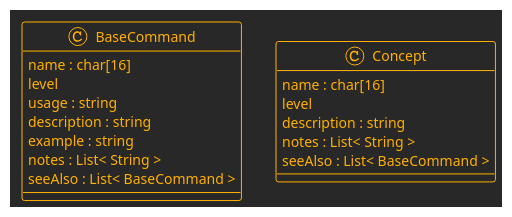
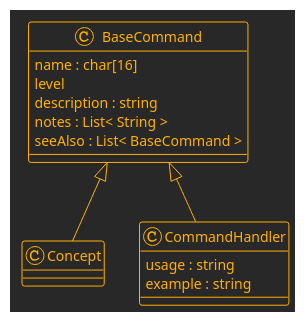
One commit to marknelsonengineer/empire changed the fifth of 13 diagrams in API_DESIGN.md. Above: the diagram before and after it, drawn with PlantUML. The commit also changed other lines of this file and 3 other files, not shown here.

```diff
--- a/API_DESIGN.md
+++ b/API_DESIGN.md
@@ -237,23 +250,23 @@
 @startuml
 !theme crt-amber
 skinparam classAttributeIconSize 0
 
 class BaseCommand {
   name : char[16]
   level
-  usage : string
-  description : string
-  example : string
-  notes : List< String >
-  seeAlso : List< BaseCommand >
-}
-
-class Concept {
-  name : char[16]
-  level
   description : string
   notes : List< String >
   seeAlso : List< BaseCommand >
 }
 
+class Concept
+
+class CommandHandler {
+  usage : string
+  example : string
+}
+
+BaseCommand <|-- Concept
+BaseCommand <|-- CommandHandler
+
 @enduml
```
